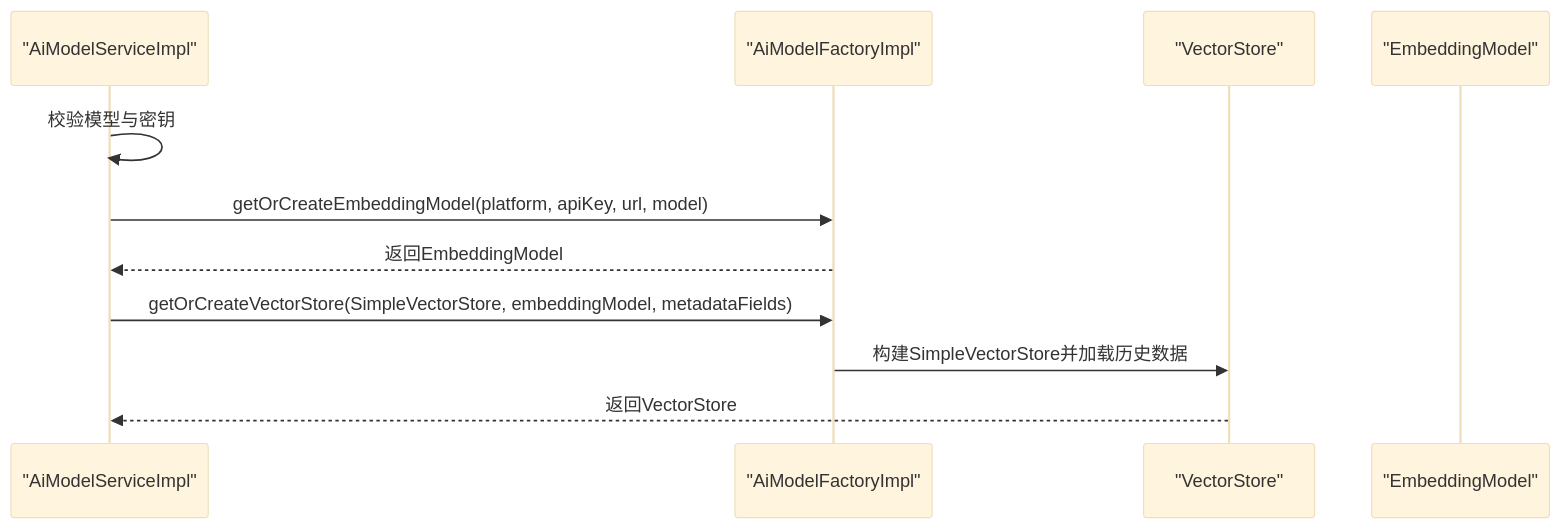
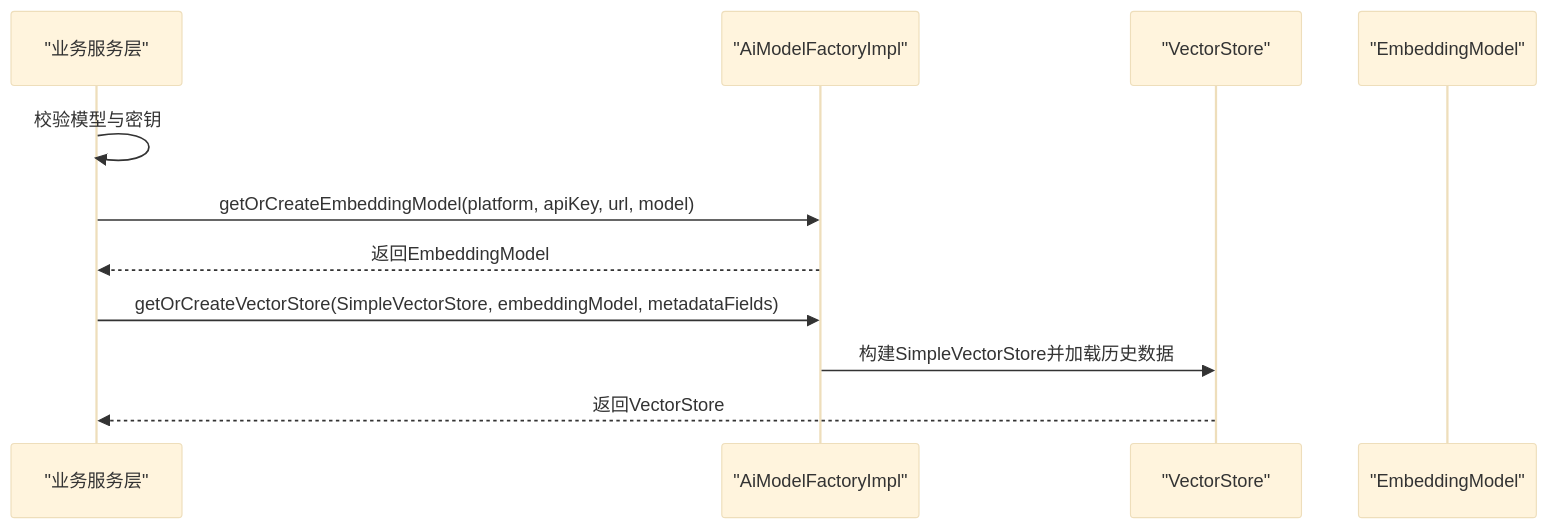
Before and after one commit to X555LB/data-ai: the seventh of 8 diagrams in .qoder/repowiki/zh/content/AI模型管理/AI模型管理.md, drawn with Mermaid (base theme). The commit also changed other lines of this file and 11 other files, not shown here.

````diff
--- a/.qoder/repowiki/zh/content/AI模型管理/AI模型管理.md
+++ b/.qoder/repowiki/zh/content/AI模型管理/AI模型管理.md
@@ -312,13 +344,13 @@
 ```mermaid
 sequenceDiagram
-participant Svc as "AiModelServiceImpl"
+participant Service as "业务服务层"
 participant Fac as "AiModelFactoryImpl"
 participant VS as "VectorStore"
 participant EM as "EmbeddingModel"
-Svc->>Svc : 校验模型与密钥
-Svc->>Fac : getOrCreateEmbeddingModel(platform, apiKey, url, model)
-Fac-->>Svc : 返回EmbeddingModel
-Svc->>Fac : getOrCreateVectorStore(SimpleVectorStore, embeddingModel, metadataFields)
+Service->>Service : 校验模型与密钥
+Service->>Fac : getOrCreateEmbeddingModel(platform, apiKey, url, model)
+Fac-->>Service : 返回EmbeddingModel
+Service->>Fac : getOrCreateVectorStore(SimpleVectorStore, embeddingModel, metadataFields)
 Fac->>VS : 构建SimpleVectorStore并加载历史数据
-VS-->>Svc : 返回VectorStore
+VS-->>Service : 返回VectorStore
 ```
````
